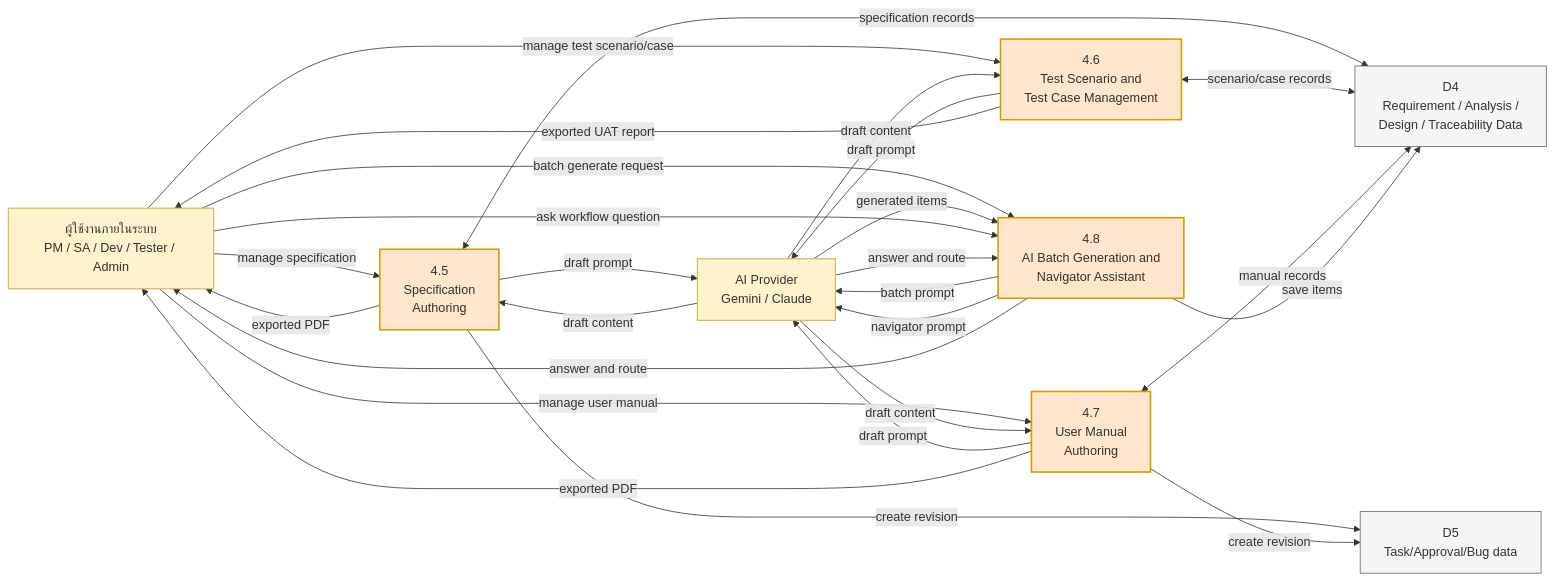
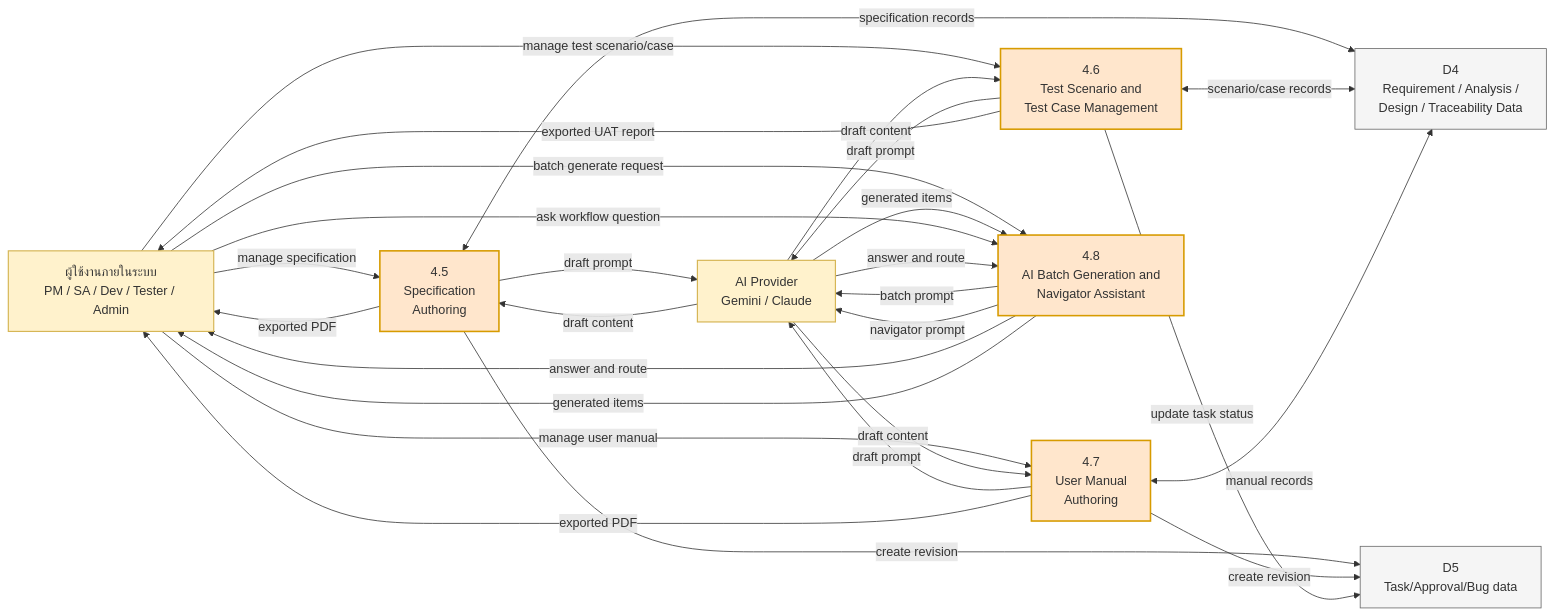
One commit to softinter-chiangrai/sic-project changed the diagram in docs/dfd/dfd-level1-04a2-spec-test-manual.mmd. Above: the diagram before and after it, drawn with Mermaid. The commit also changed 98 other files, not shown here.

Commit message:
feat: add DFD and ERD documentation along with related PM backend and frontend components

```diff
--- a/docs/dfd/dfd-level1-04a2-spec-test-manual.mmd
+++ b/docs/dfd/dfd-level1-04a2-spec-test-manual.mmd
@@ -1,54 +1,56 @@
 %% title: DFD Level 1 - Process 4.0 (Part 2) - Specification, Test, Manual & AI Batch Tools
 %%{init: {'flowchart': {'nodeSpacing': 22, 'rankSpacing': 60, 'curve': 'basis'}}}%%
 flowchart LR
   classDef entity fill:#FFF2CC,stroke:#D6B656,stroke-width:1.5px,color:#333;
   classDef process fill:#FFE6CC,stroke:#D79B00,stroke-width:2px,color:#333;
   classDef store fill:#F5F5F5,stroke:#666666,stroke-width:1px,color:#333;
 
   user["ผู้ใช้งานภายในระบบ<br/>PM / SA / Dev / Tester / Admin"]
   ai["AI Provider<br/>Gemini / Claude"]
 
   d4["D4<br/>Requirement / Analysis /<br/>Design / Traceability Data"]
   d5ext["D5<br/>Task/Approval/Bug data"]
 
   p45["4.5<br/>Specification<br/>Authoring"]
   p46["4.6<br/>Test Scenario and<br/>Test Case Management"]
   p47["4.7<br/>User Manual<br/>Authoring"]
   p48["4.8<br/>AI Batch Generation and<br/>Navigator Assistant"]
 
   %% ===== 4.5 Specification Authoring =====
   user -->|"manage specification"| p45
   p45 <-->|"specification records"| d4
   p45 -->|"draft prompt"| ai
   ai -->|"draft content"| p45
   p45 -->|"create revision"| d5ext
   p45 -->|"exported PDF"| user
 
   %% ===== 4.6 Test Scenario and Test Case Management =====
   user -->|"manage test scenario/case"| p46
   p46 <-->|"scenario/case records"| d4
   p46 -->|"draft prompt"| ai
   ai -->|"draft content"| p46
   p46 -->|"exported UAT report"| user
 
   %% ===== 4.7 User Manual Authoring =====
   user -->|"manage user manual"| p47
   p47 <-->|"manual records"| d4
   p47 -->|"draft prompt"| ai
   ai -->|"draft content"| p47
   p47 -->|"create revision"| d5ext
   p47 -->|"exported PDF"| user
 
   %% ===== 4.8 AI Batch Generation and Navigator Assistant =====
   user -->|"batch generate request"| p48
   p48 -->|"batch prompt"| ai
   ai -->|"generated items"| p48
-  p48 -->|"save items"| d4
   user -->|"ask workflow question"| p48
   p48 -->|"navigator prompt"| ai
   ai -->|"answer and route"| p48
   p48 -->|"answer and route"| user
 
+  p48 -->|"generated items"| user
+  p46 -->|"update task status"| d5ext
+
   class user,ai entity
   class p45,p46,p47,p48 process
   class d4,d5ext store
```
